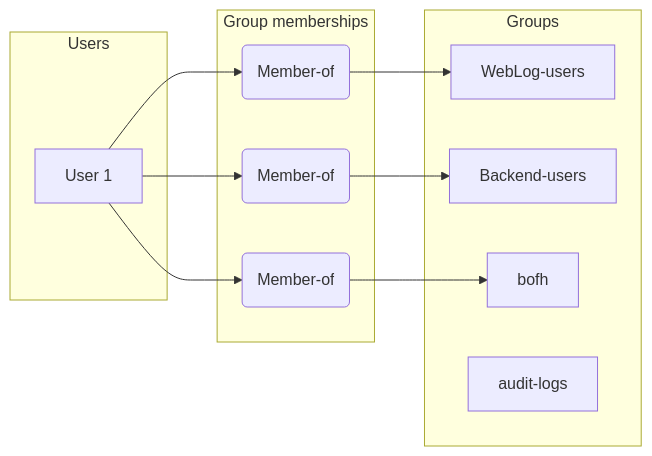
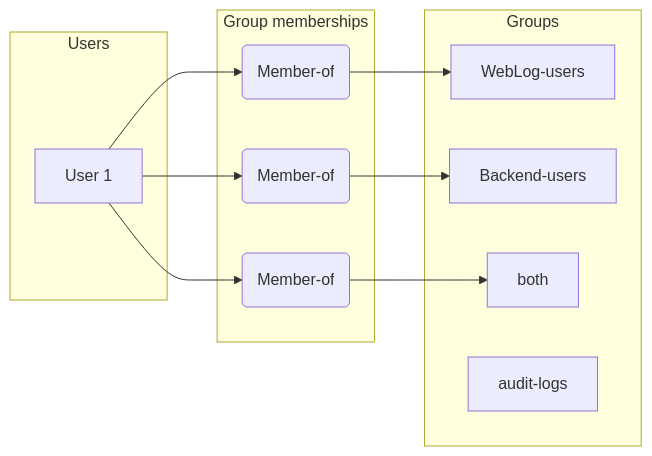
The first of 2 diagrams in content/configuration/authentication/role-based-auth.md (somedatapacket/docs.humio.com), drawn with Mermaid before and after one commit. The commit also changed other lines of this file, not shown here.

Commit message:
spelling

```diff
--- a/content/configuration/authentication/role-based-auth.md
+++ b/content/configuration/authentication/role-based-auth.md
@@ -31,19 +31,19 @@
 {{<mermaid align="center">}}
 graph LR;
   subgraph Users
     Ext1[User 1]
   end
 
   subgraph Group memberships
     Ext1 --> A1("Member-of")
     Ext1 --> A2("Member-of")
     Ext1 --> A3("Member-of")
   end
 
   subgraph Groups
     A1 --> P1["WebLog-users"]
     A2 --> P2["Backend-users"]
-    A3 --> P3["bofh"]
+    A3 --> P3["both"]
            P4["audit-logs"]
   end
 {{< /mermaid >}}
```
